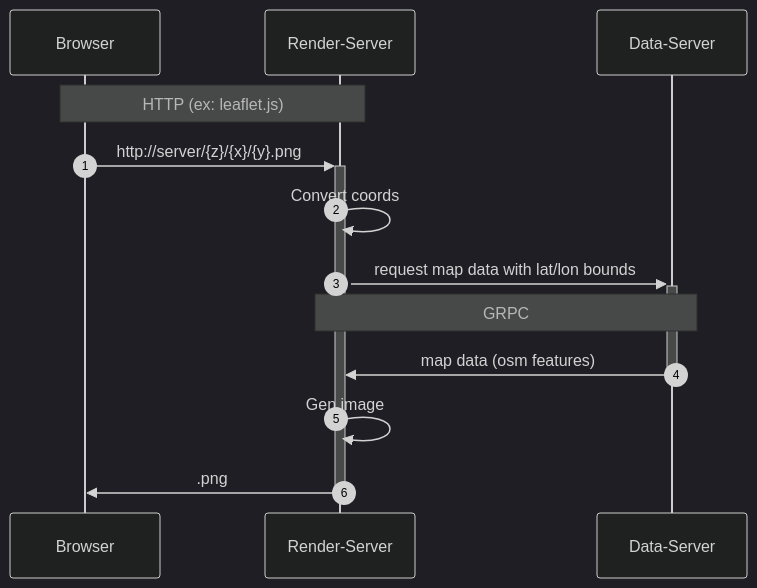
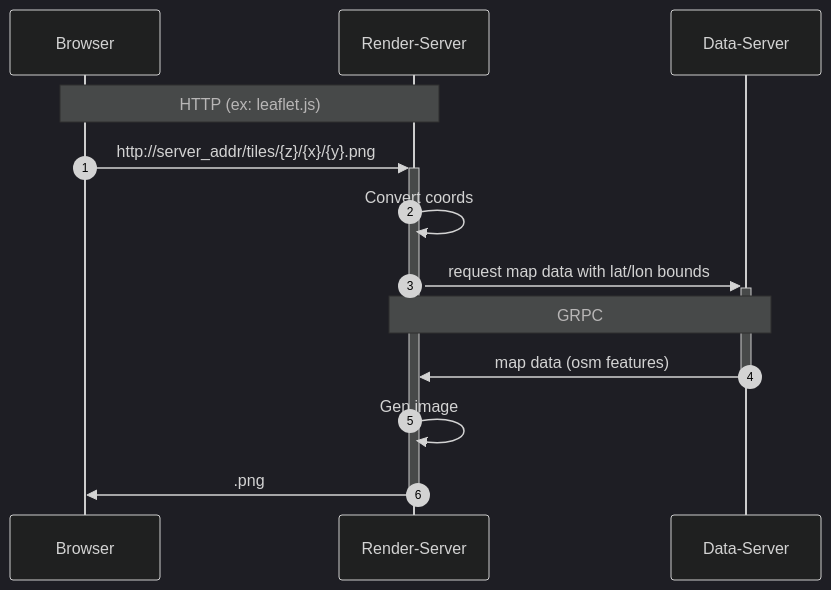
Before and after one commit to OutOfBedlam/ots: the second of 2 diagrams in README.md, drawn with Mermaid (dark theme). The commit also changed other lines of this file, not shown here.

````diff
--- a/README.md
+++ b/README.md
@@ -67,12 +66,12 @@
 ```mermaid
 sequenceDiagram
 autonumber
    Note over Browser, Render-Server: HTTP (ex: leaflet.js)
-   Browser ->>+ Render-Server : http://server/{z}/{x}/{y}.png
+   Browser ->>+ Render-Server : http://server_addr/tiles/{z}/{x}/{y}.png
    Render-Server->>Render-Server: Convert coords
    Render-Server ->>+ Data-Server : request map data with lat/lon bounds
    Note over Render-Server, Data-Server: GRPC
    Data-Server ->>- Render-Server: map data (osm features)
    Render-Server->>Render-Server: Gen image
    Render-Server ->>- Browser: .png
 ```
````
